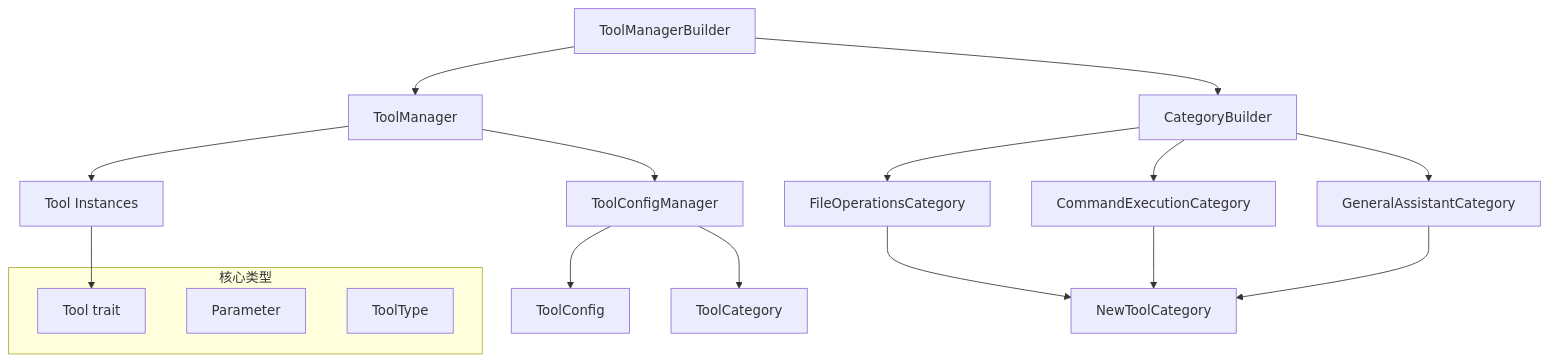
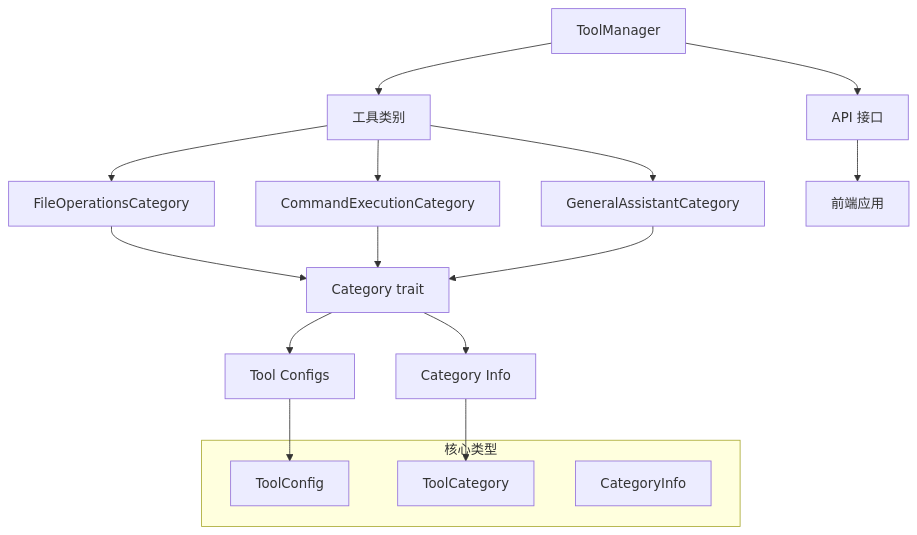
Before and after one commit to bigduu/copilot_client_app: the first of 2 diagrams in src-tauri/src/tools/README.md, drawn with Mermaid. The commit also changed other lines of this file and 46 other files, not shown here.

First line of the commit message:
Refactor tools architecture to category-based trait system

````diff
--- a/src-tauri/src/tools/README.md
+++ b/src-tauri/src/tools/README.md
@@ -26,26 +26,26 @@
 ```mermaid
 graph TB
-    TM[ToolManager] --> CM[ToolConfigManager]
-    TM --> Tools[Tool Instances]
-    CM --> TC[ToolConfig]
-    CM --> Cat[ToolCategory]
+    TM[ToolManager] --> Categories[工具类别]
+    Categories --> FOC[FileOperationsCategory]
+    Categories --> CEC[CommandExecutionCategory] 
+    Categories --> GAC[GeneralAssistantCategory]
     
-    TMB[ToolManagerBuilder] --> CB[CategoryBuilder]
-    CB --> FOC[FileOperationsCategory]
-    CB --> CEC[CommandExecutionCategory] 
-    CB --> GAC[GeneralAssistantCategory]
+    FOC --> Category[Category trait]
+    CEC --> Category
+    GAC --> Category
     
-    FOC --> NTC[NewToolCategory]
-    CEC --> NTC
-    GAC --> NTC
+    Category --> Tools[Tool Configs]
+    Category --> Info[Category Info]
     
-    TMB --> TM
+    TM --> API[API 接口]
+    API --> Frontend[前端应用]
     
     subgraph "核心类型"
-        Tool[Tool trait]
-        Parameter[Parameter]
-        ToolType[ToolType]
+        ToolConfig[ToolConfig]
+        ToolCategory[ToolCategory]
+        CategoryInfo[CategoryInfo]
     end
     
-    Tools --> Tool
+    Tools --> ToolConfig
+    Info --> ToolCategory
 ```
````
